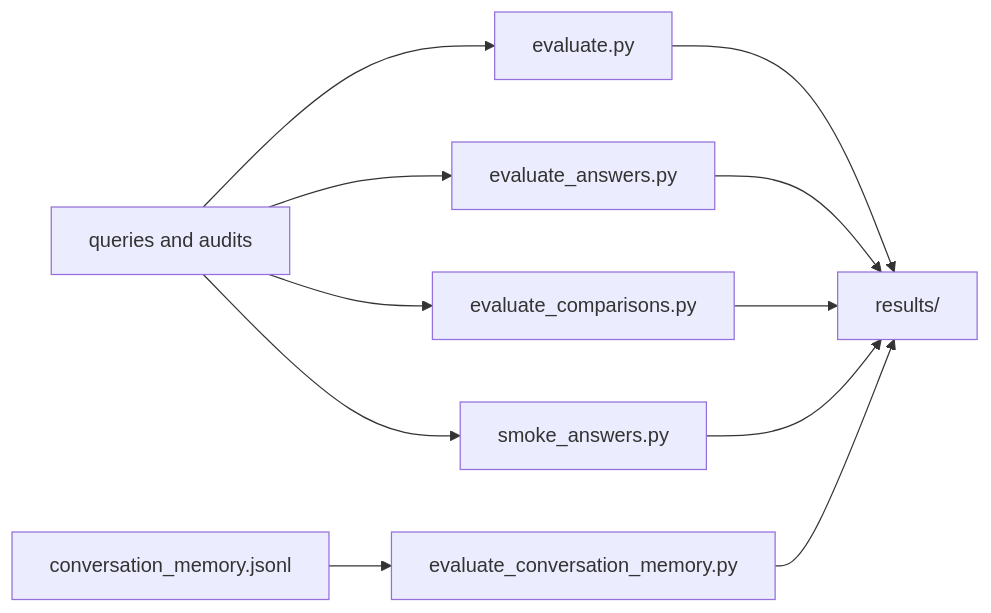
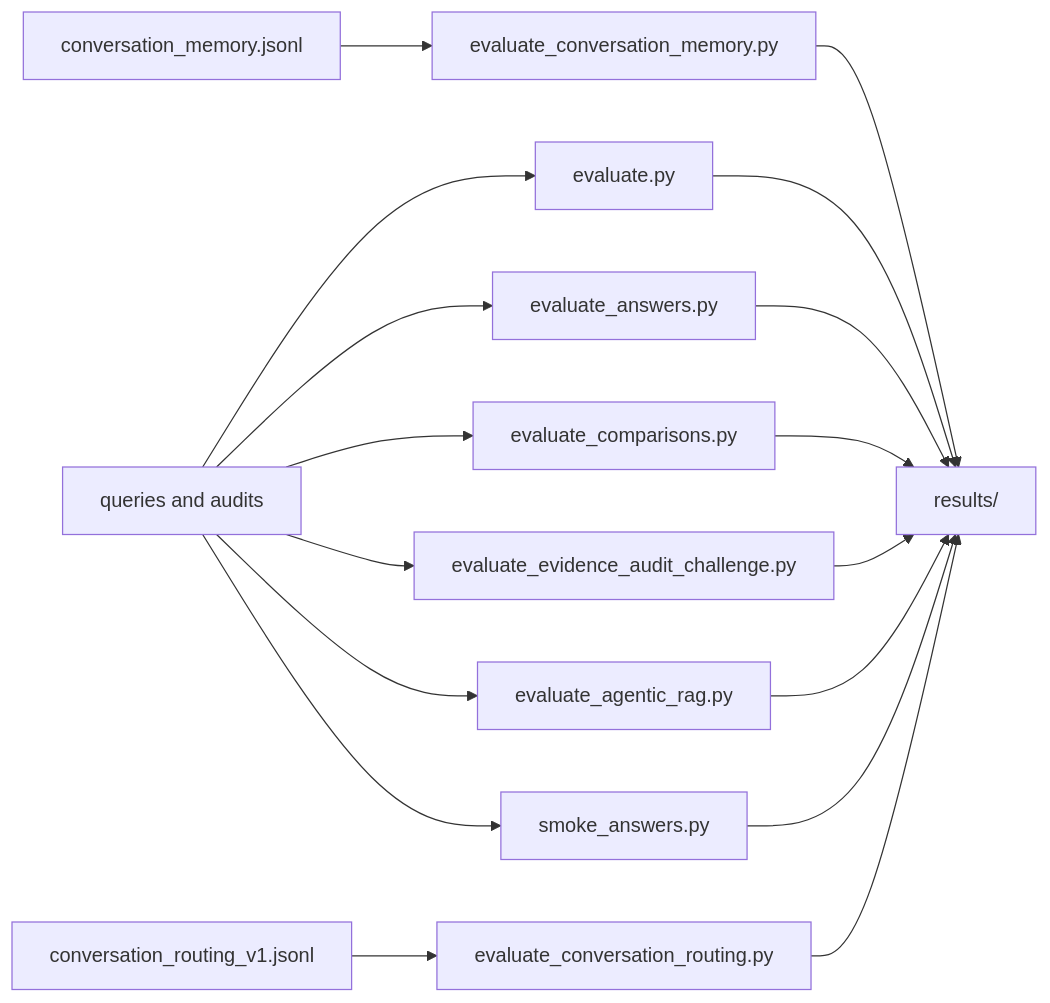
The diagram in data/evaluation/README.md (nikolabakic/Banking-Technology-and-Operational-Risk-Intelligence-Assistant), drawn with Mermaid before and after one commit. The commit also changed other lines of this file and 18 other files, not shown here.

````diff
--- a/data/evaluation/README.md
+++ b/data/evaluation/README.md
@@ -24,13 +27,19 @@
 ```mermaid
 flowchart LR
     Contracts[queries and audits] --> Retrieval[evaluate.py]
     Contracts --> Answers[evaluate_answers.py]
     Memory[conversation_memory.jsonl] --> Conversation[evaluate_conversation_memory.py]
     Contracts --> Compare[evaluate_comparisons.py]
+    Routing[conversation_routing_v1.jsonl] --> RouteEval[evaluate_conversation_routing.py]
+    Contracts --> EvidenceAudit[evaluate_evidence_audit_challenge.py]
+    Contracts --> Agentic[evaluate_agentic_rag.py]
     Retrieval --> Results[results/]
     Answers --> Results
     Conversation --> Results
     Compare --> Results
+    RouteEval --> Results
+    EvidenceAudit --> Results
+    Agentic --> Results
     Contracts --> Smoke[smoke_answers.py]
     Smoke --> Results
 ```
````
